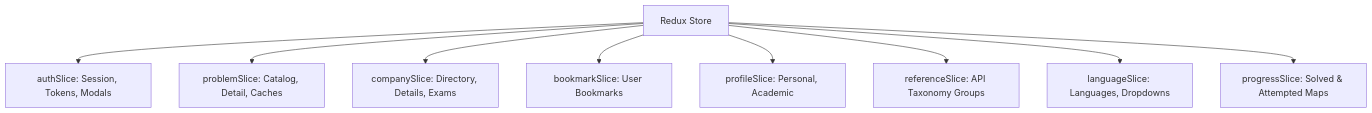
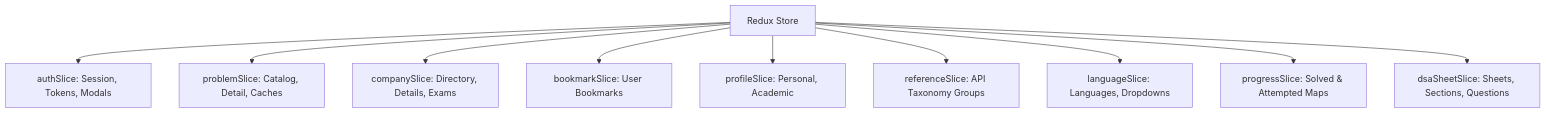
The first of 2 diagrams in docs/project/06_state_management_and_data_flow.md (Jagadeesh913/Connect2Coode), drawn with Mermaid before and after one commit. The commit also changed other lines of this file and 19 other files, not shown here.

Commit message:
feat(dsa-sheet): implement Redux Toolkit slice and connect dsa-sheet state, multi-select filters, and social metadata

````diff
--- a/docs/project/06_state_management_and_data_flow.md
+++ b/docs/project/06_state_management_and_data_flow.md
@@ -7,12 +7,13 @@
 ```mermaid
 graph TD
     Store[Redux Store]
     Store --> auth[authSlice: Session, Tokens, Modals]
     Store --> problems[problemSlice: Catalog, Detail, Caches]
     Store --> companies[companySlice: Directory, Details, Exams]
     Store --> bookmarks[bookmarkSlice: User Bookmarks]
     Store --> profile[profileSlice: Personal, Academic]
     Store --> references[referenceSlice: API Taxonomy Groups]
     Store --> languages[languageSlice: Languages, Dropdowns]
     Store --> progress[progressSlice: Solved & Attempted Maps]
+    Store --> dsaSheet[dsaSheetSlice: Sheets, Sections, Questions]
 ```
````
